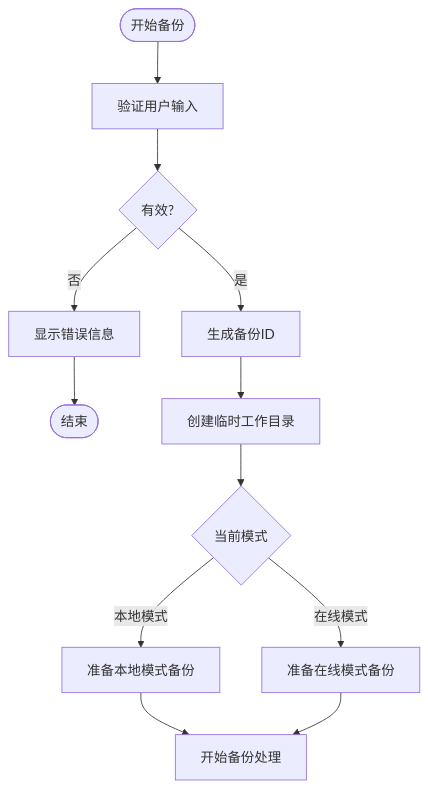
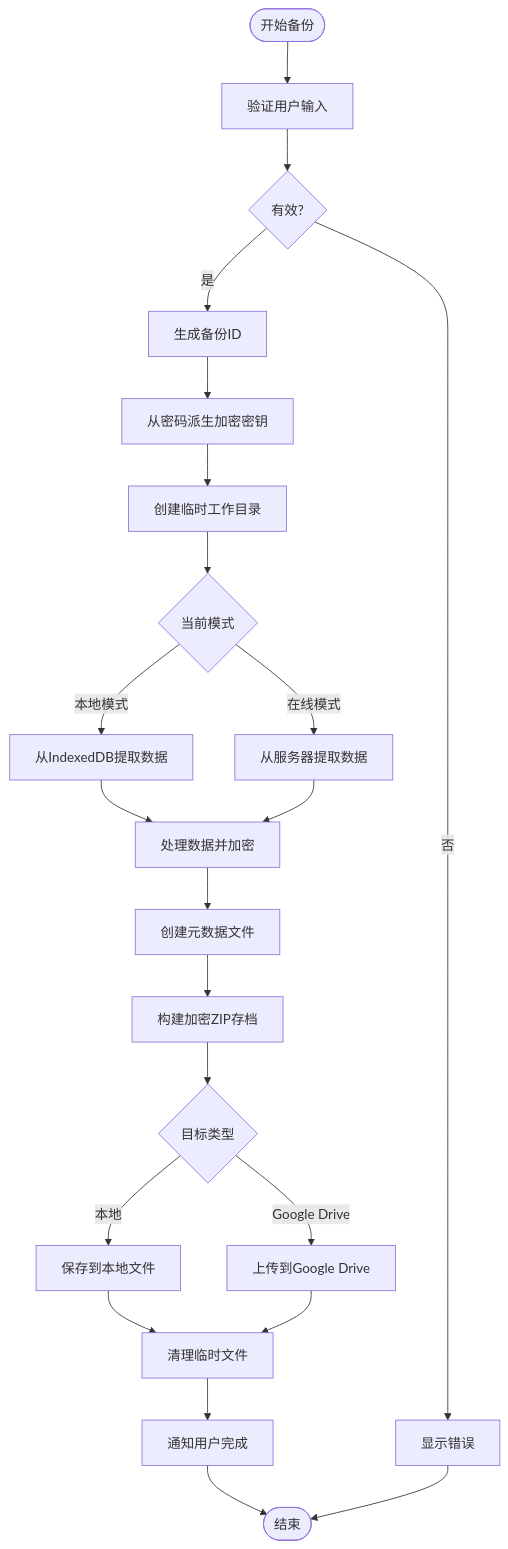
One commit to yingjianzh/iodraw-files changed the diagram in all/未命名-52.md. Above: the diagram before and after it, drawn with Mermaid.

Commit message:
2025-05-09 14:36:21 update

````diff
--- a/all/未命名-52.md
+++ b/all/未命名-52.md
@@ -1,19 +1,34 @@
 ```mermaid
+
 flowchart TD
     Start([开始备份]) --> ValidateInput[验证用户输入]
     ValidateInput --> InputValid{有效?}
+    InputValid -->|否| ShowError[显示错误]
+    InputValid -->|是| GenerateBackupID[生成备份ID]
     
-    InputValid -->|否| ShowError[显示错误信息]
-    InputValid -->|是| CreateBackupID[生成备份ID]
+    GenerateBackupID --> DeriveKey[从密码派生加密密钥]
+    DeriveKey --> CreateTemp[创建临时工作目录]
     
-    ShowError --> End([结束])
+    CreateTemp --> CheckMode{当前模式}
+    CheckMode -->|本地模式| ExtractFromIndexedDB[从IndexedDB提取数据]
+    CheckMode -->|在线模式| ExtractFromServer[从服务器提取数据]
     
-    CreateBackupID --> CreateWorkDir[创建临时工作目录]
-    CreateWorkDir --> CheckMode{当前模式}
+    ExtractFromIndexedDB --> ProcessData[处理数据并加密]
+    ExtractFromServer --> ProcessData
     
-    CheckMode -->|本地模式| PrepLocalBackup[准备本地模式备份]
-    CheckMode -->|在线模式| PrepServerBackup[准备在线模式备份]
+    ProcessData --> CreateMetadata[创建元数据文件]
+    CreateMetadata --> BuildArchive[构建加密ZIP存档]
     
-    PrepLocalBackup --> BeginBackup[开始备份处理]
-    PrepServerBackup --> BeginBackup
+    BuildArchive --> DestinationType{目标类型}
+    DestinationType -->|本地| SaveToLocal[保存到本地文件]
+    DestinationType -->|Google Drive| UploadToGDrive[上传到Google Drive]
+    
+    SaveToLocal --> CleanupTemp[清理临时文件]
+    UploadToGDrive --> CleanupTemp
+    
+    CleanupTemp --> NotifyUser[通知用户完成]
+    NotifyUser --> End([结束])
+    
+    ShowError --> End
+
 ```
````
